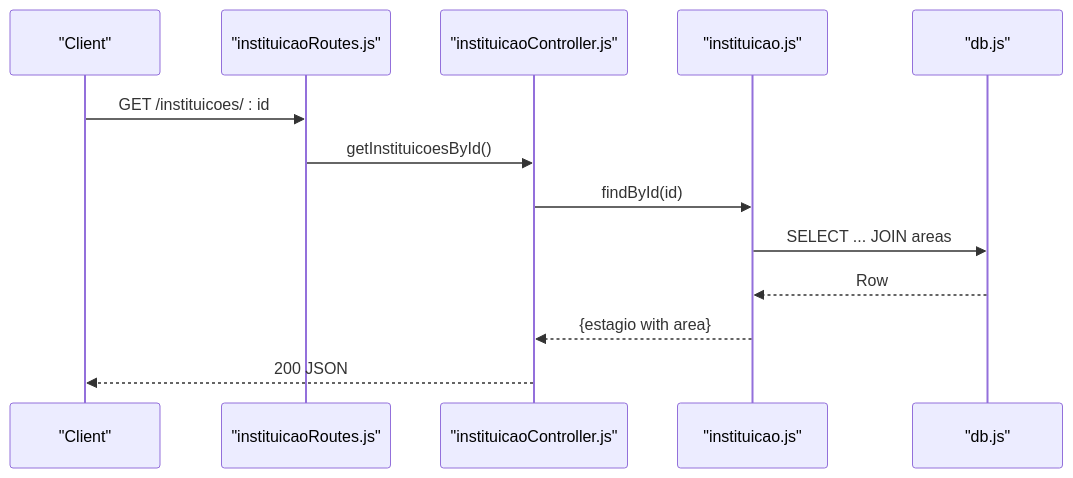
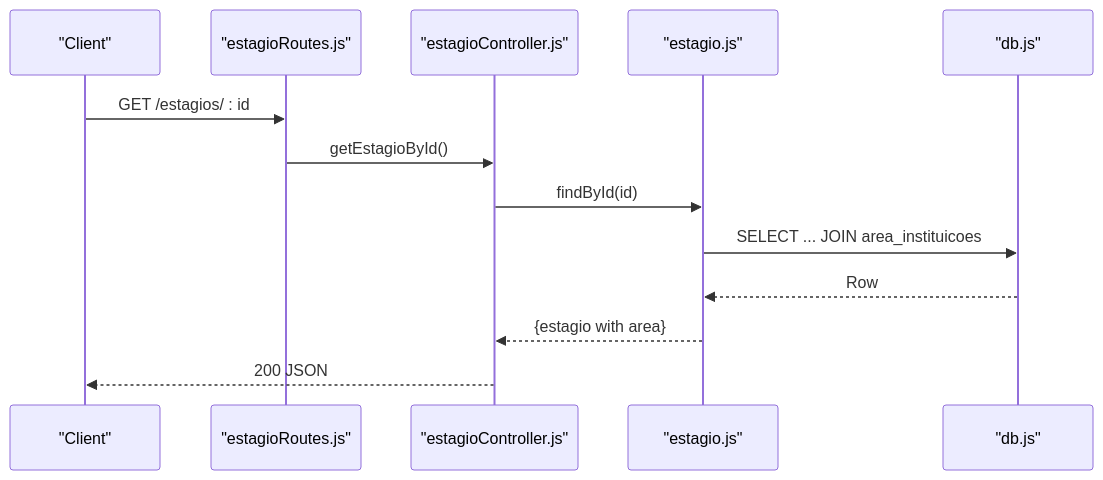
The fourth of 8 diagrams in .qoder/repowiki/en/content/Core Features Implementation/Core Features Implementation.md (luiseduacosta/nodemural), drawn with Mermaid before and after one commit. The commit also changed other lines of this file and 27 other files, not shown here.

````diff
--- a/.qoder/repowiki/en/content/Core Features Implementation/Core Features Implementation.md
+++ b/.qoder/repowiki/en/content/Core Features Implementation/Core Features Implementation.md
@@ -206,15 +206,15 @@
 ```mermaid
 sequenceDiagram
 participant Client as "Client"
-participant Router as "instituicaoRoutes.js"
-participant Ctrl as "instituicaoController.js"
-participant Model as "instituicao.js"
+participant Router as "estagioRoutes.js"
+participant Ctrl as "estagioController.js"
+participant Model as "estagio.js"
 participant DB as "db.js"
-Client->>Router : GET /instituicoes/ : id
-Router->>Ctrl : getInstituicoesById()
+Client->>Router : GET /estagios/ : id
+Router->>Ctrl : getEstagioById()
 Ctrl->>Model : findById(id)
-Model->>DB : SELECT ... JOIN areas
+Model->>DB : SELECT ... JOIN area_instituicoes
 DB-->>Model : Row
 Model-->>Ctrl : {estagio with area}
 Ctrl-->>Client : 200 JSON
 ```
````
